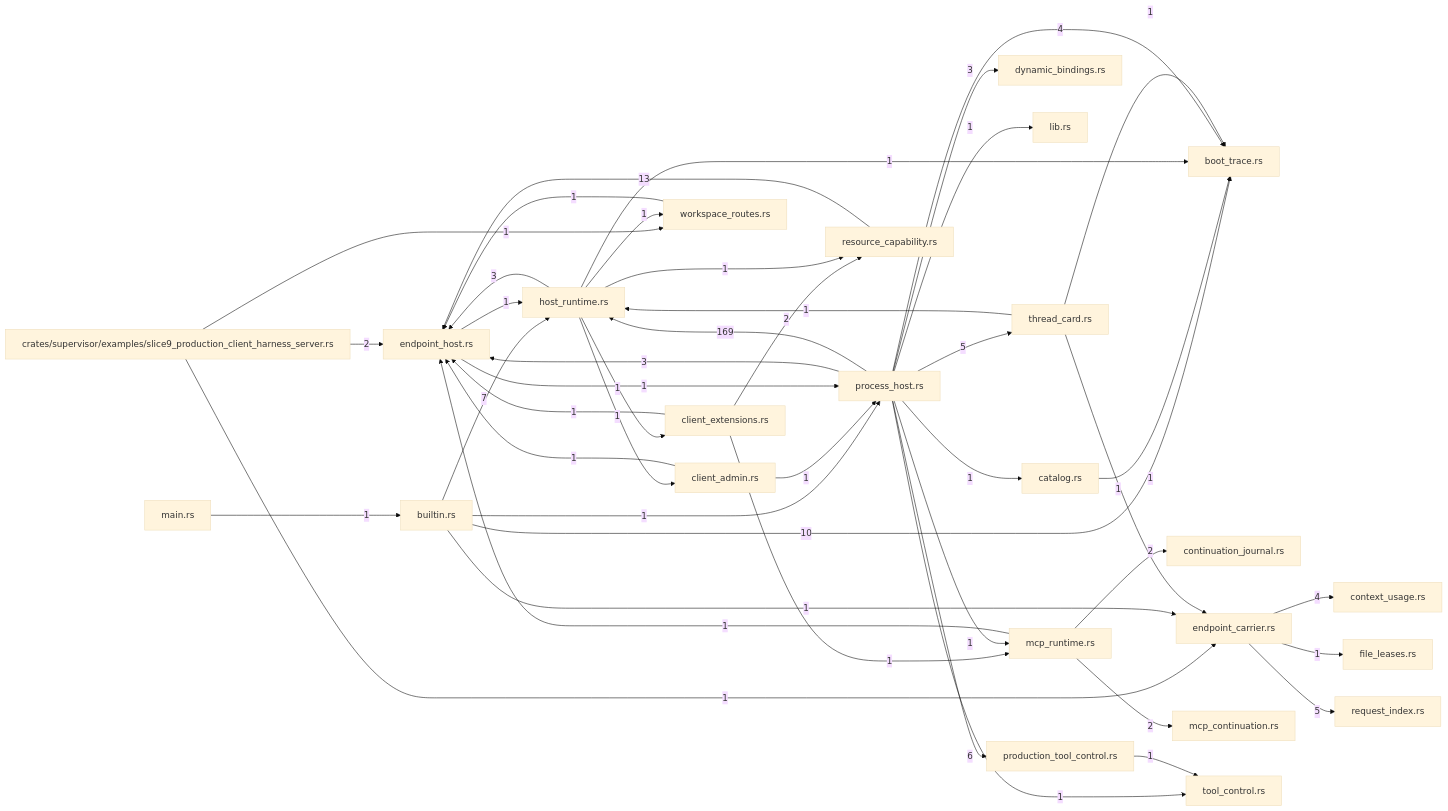
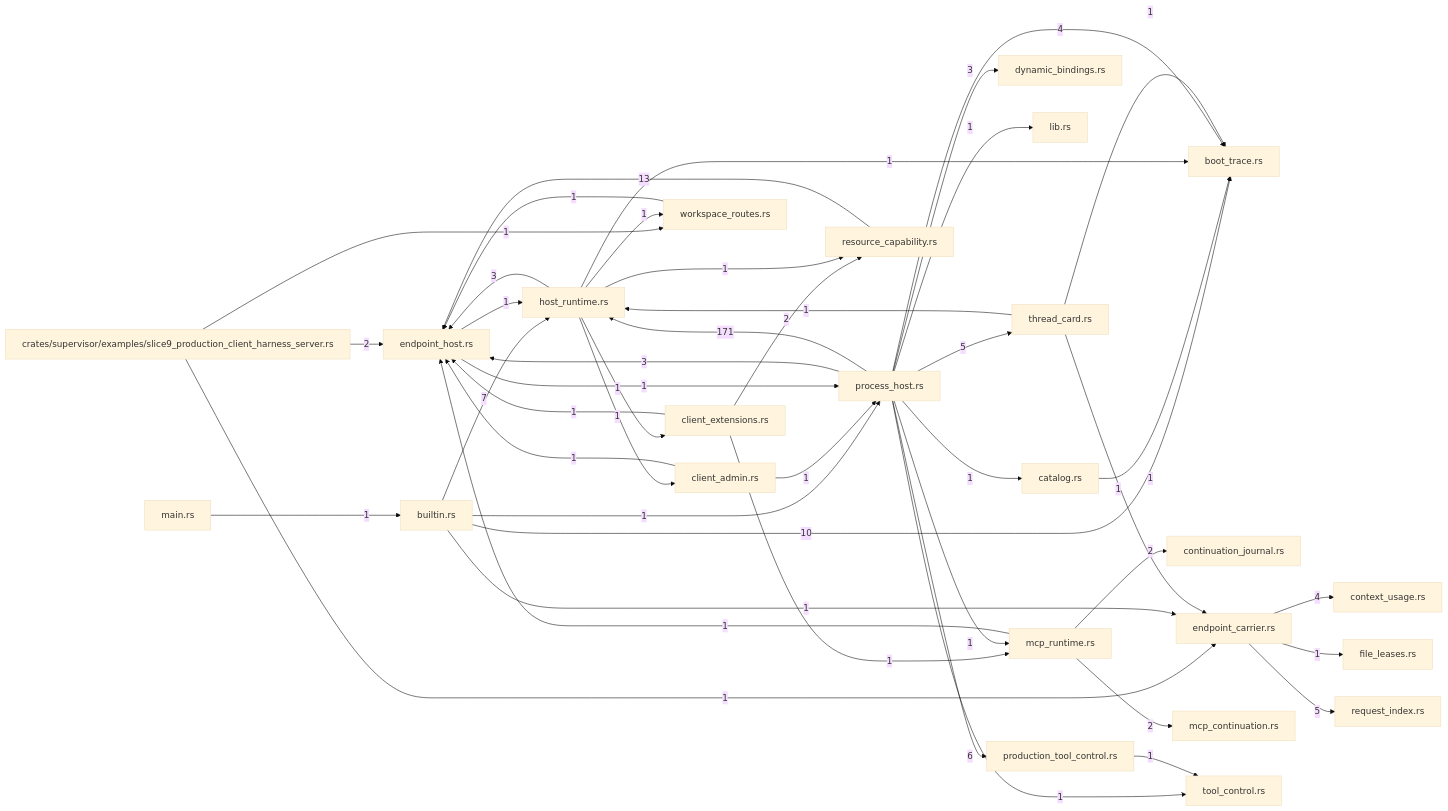
Before and after one commit to TekesApps/TekesKernel: the diagram in crates/supervisor/docs/generated/index.md, drawn with Mermaid (base theme). The commit also changed other lines of this file and 69 other files, not shown here.

````diff
--- a/crates/supervisor/docs/generated/index.md
+++ b/crates/supervisor/docs/generated/index.md
@@ -100,71 +101,71 @@
 ```mermaid
 flowchart LR
   m0["crates/supervisor/examples/slice9_production_client_harness_server.rs"]
   m1["boot_trace.rs"]
   m2["builtin.rs"]
   m3["catalog.rs"]
   m4["client_admin.rs"]
   m5["client_extensions.rs"]
   m6["context_usage.rs"]
   m7["continuation_journal.rs"]
   m8["dynamic_bindings.rs"]
   m9["endpoint_carrier.rs"]
   m10["endpoint_host.rs"]
   m11["file_leases.rs"]
   m12["host_runtime.rs"]
   m13["lib.rs"]
   m14["main.rs"]
   m15["mcp_continuation.rs"]
   m16["mcp_runtime.rs"]
   m17["process_host.rs"]
   m18["production_tool_control.rs"]
   m19["request_index.rs"]
   m20["resource_capability.rs"]
   m21["thread_card.rs"]
   m22["tool_control.rs"]
   m23["workspace_routes.rs"]
   m0 -->|"1"| m9
   m0 -->|"2"| m10
   m0 -->|"1"| m23
   m2 -->|"10"| m1
   m2 -->|"1"| m9
   m2 -->|"7"| m12
   m2 -->|"1"| m17
   m3 -->|"1"| m1
   m4 -->|"1"| m10
   m4 -->|"1"| m17
   m5 -->|"1"| m10
   m5 -->|"1"| m16
   m5 -->|"2"| m20
   m9 -->|"4"| m6
   m9 -->|"1"| m11
   m9 -->|"5"| m19
   m10 -->|"1"| m12
   m10 -->|"1"| m17
   m12 -->|"1"| m1
   m12 -->|"1"| m4
   m12 -->|"1"| m5
   m12 -->|"3"| m10
   m12 -->|"1"| m20
   m12 -->|"1"| m23
   m14 -->|"1"| m2
   m16 -->|"2"| m7
   m16 -->|"1"| m10
   m16 -->|"2"| m15
   m17 -->|"4"| m1
   m17 -->|"1"| m3
   m17 -->|"3"| m8
   m17 -->|"3"| m10
-  m17 -->|"169"| m12
+  m17 -->|"171"| m12
   m17 -->|"1"| m13
   m17 -->|"1"| m16
   m17 -->|"6"| m18
   m17 -->|"5"| m21
   m17 -->|"1"| m22
   m18 -->|"1"| m22
   m20 -->|"13"| m10
   m21 -->|"1"| m1
   m21 -->|"1"| m9
   m21 -->|"1"| m12
   m23 -->|"1"| m10
 ```
````
